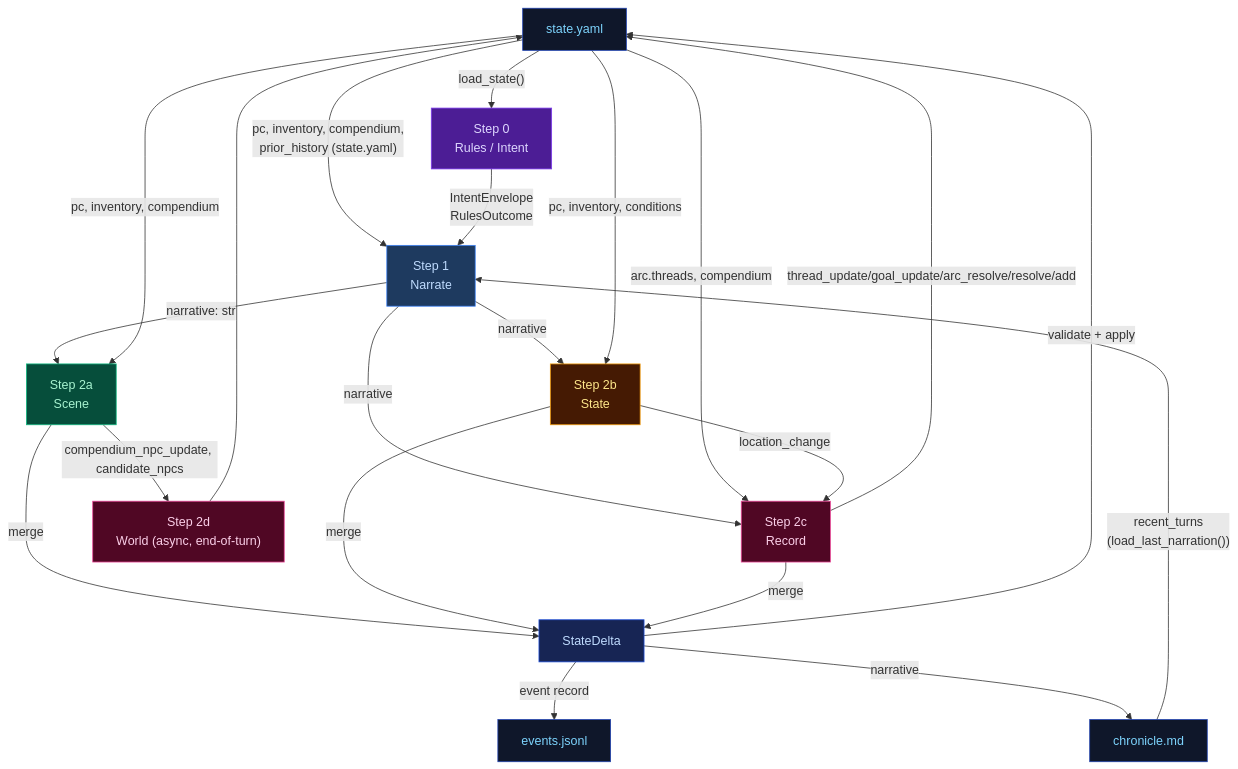
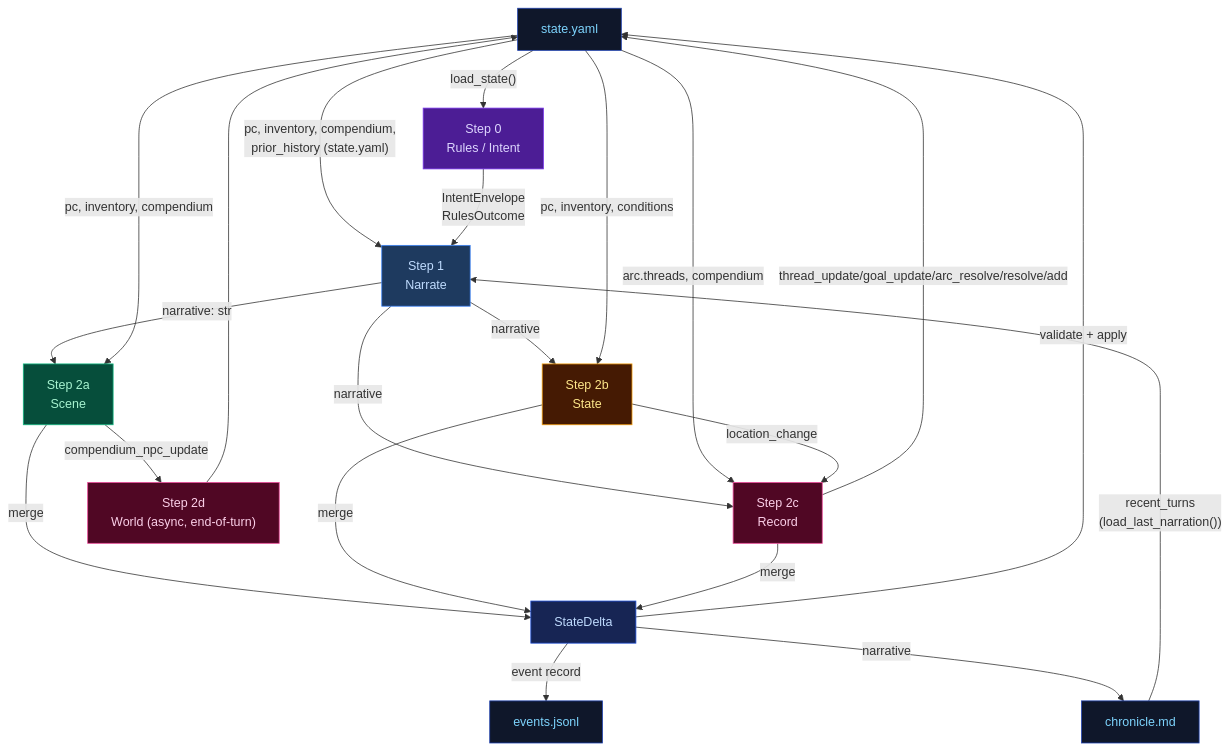
The diagram in docs/architecture/cross-pipeline.md (pww217/fablethread), drawn with Mermaid before and after one commit. The commit also changed 20 other files, not shown here.

````diff
--- a/docs/architecture/cross-pipeline.md
+++ b/docs/architecture/cross-pipeline.md
@@ -3,34 +3,34 @@
 ```mermaid
 flowchart TD
     classDef stageRules    fill:#4c1d95,color:#ddd6fe,stroke:#7c3aed
     classDef stageNarrate  fill:#1e3a5f,color:#bfdbfe,stroke:#3b82f6
     classDef stageScene    fill:#064e3b,color:#a7f3d0,stroke:#10b981
     classDef stageState    fill:#451a03,color:#fde68a,stroke:#f59e0b
     classDef stageProgress fill:#500724,color:#fbcfe8,stroke:#ec4899
     classDef storageNode   fill:#0f172a,color:#7dd3fc,stroke:#1e40af
     classDef mergeNode     fill:#172554,color:#bfdbfe,stroke:#1d4ed8
 
     STATE["state.yaml"]:::storageNode
     CHRONICLE["chronicle.md"]:::storageNode
     EVENTS["events.jsonl"]:::storageNode
 
     STATE -- "load_state()" --> STEP0["Step 0<br>Rules / Intent"]:::stageRules
     CHRONICLE -- "recent_turns<br>(load_last_narration())" --> STEP1["Step 1<br>Narrate"]:::stageNarrate
     STATE -- "pc, inventory, compendium,<br>prior_history (state.yaml)" --> STEP1
     STEP0 -- "IntentEnvelope<br>RulesOutcome" --> STEP1
     STEP1 -- "narrative: str" --> STEP2A["Step 2a<br>Scene"]:::stageScene
     STEP1 -- "narrative" --> STEP2B["Step 2b<br>State"]:::stageState
     STEP1 -- "narrative" --> STEP2C["Step 2c<br>Record"]:::stageProgress
     STEP2D["Step 2d<br>World (async, end-of-turn)"]:::stageProgress
     STATE -- "pc, inventory, compendium" --> STEP2A
     STATE -- "pc, inventory, conditions" --> STEP2B
     STATE -- "arc.threads, compendium" --> STEP2C
-    STEP2A -- "compendium_npc_update, candidate_npcs" --> STEP2D
+    STEP2A -- "compendium_npc_update" --> STEP2D
     STEP2B -- "location_change" --> STEP2C
     STEP2A & STEP2B & STEP2C -- "merge" --> DELTA["StateDelta"]:::mergeNode
     DELTA -- "validate + apply" --> STATE
     DELTA -- "event record" --> EVENTS
     DELTA -- "narrative" --> CHRONICLE
     STEP2C -- "thread_update/goal_update/arc_resolve/resolve/add" --> STATE
     STEP2D --> STATE
 ```
````
